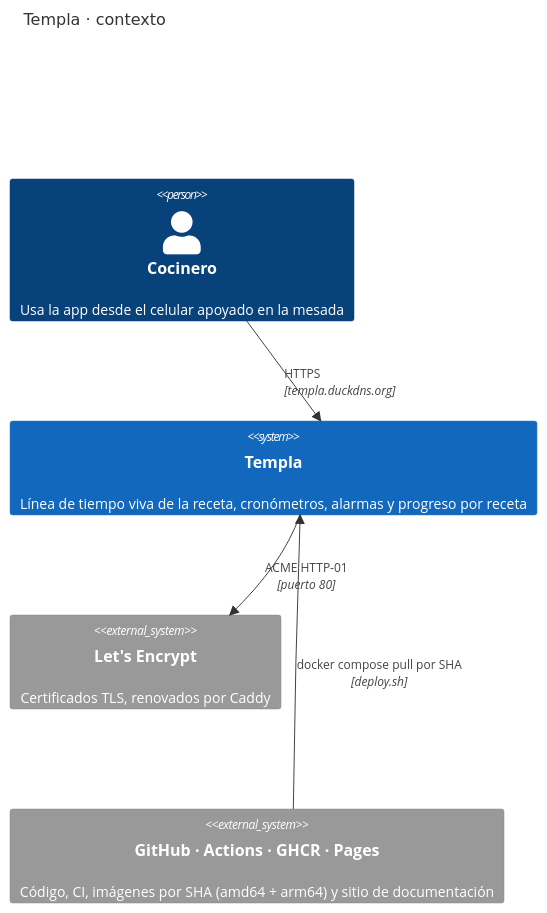
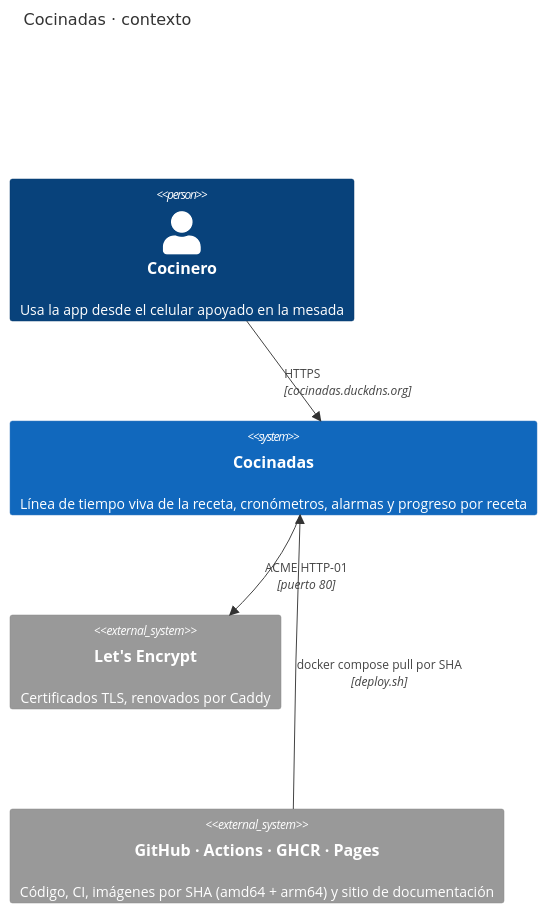
Before and after one commit to carlos-illobre/cocinadas: the diagram in docs/diagrams/c4-contexto.mmd, drawn with Mermaid. The commit also changed 33 other files, not shown here.

```diff
--- a/docs/diagrams/c4-contexto.mmd
+++ b/docs/diagrams/c4-contexto.mmd
@@ -1,9 +1,9 @@
 C4Context
-  title Templa · contexto
+  title Cocinadas · contexto
   Person(cocinero, "Cocinero", "Usa la app desde el celular apoyado en la mesada")
-  System(templa, "Templa", "Línea de tiempo viva de la receta, cronómetros, alarmas y progreso por receta")
+  System(cocinadas, "Cocinadas", "Línea de tiempo viva de la receta, cronómetros, alarmas y progreso por receta")
   System_Ext(letsencrypt, "Let's Encrypt", "Certificados TLS, renovados por Caddy")
   System_Ext(github, "GitHub · Actions · GHCR · Pages", "Código, CI, imágenes por SHA (amd64 + arm64) y sitio de documentación")
-  Rel(cocinero, templa, "HTTPS", "templa.duckdns.org")
-  Rel(templa, letsencrypt, "ACME HTTP-01", "puerto 80")
-  Rel(github, templa, "docker compose pull por SHA", "deploy.sh")
+  Rel(cocinero, cocinadas, "HTTPS", "cocinadas.duckdns.org")
+  Rel(cocinadas, letsencrypt, "ACME HTTP-01", "puerto 80")
+  Rel(github, cocinadas, "docker compose pull por SHA", "deploy.sh")
```
